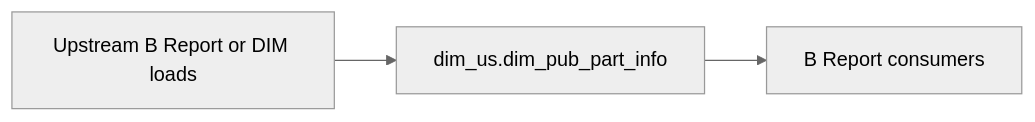
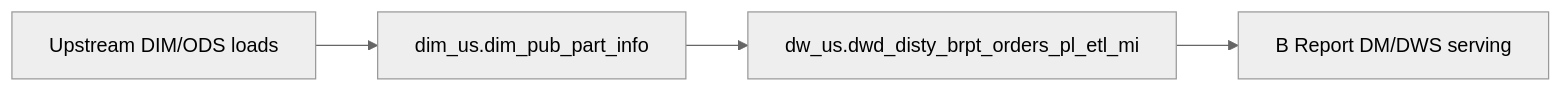
Before and after one commit to chengduhaha/data_agent: the diagram in backend/defaults/b_report/workspace/target/knowledgebase/b-report-us/dim_pub_part_info.md, drawn with Mermaid (neutral theme). The commit also changed other lines of this file and 1108 other files, not shown here.

````diff
--- a/backend/defaults/b_report/workspace/target/knowledgebase/b-report-us/dim_pub_part_info.md
+++ b/backend/defaults/b_report/workspace/target/knowledgebase/b-report-us/dim_pub_part_info.md
@@ -152,8 +148,10 @@
 ```mermaid
 flowchart LR
-  upstream[Upstream B Report or DIM loads]
-  tgt["dim_us.dim_pub_part_info"]
-  brpt[B Report consumers]
-  upstream --> tgt
-  tgt --> brpt
+  upstream["Upstream DIM/ODS loads"]
+  dim["dim_us.dim_pub_part_info"]
+  hub["dw_us.dwd_disty_brpt_orders_pl_etl_mi"]
+  dm["B Report DM/DWS serving"]
+  upstream --> dim
+  dim --> hub
+  hub --> dm
 ```
````
